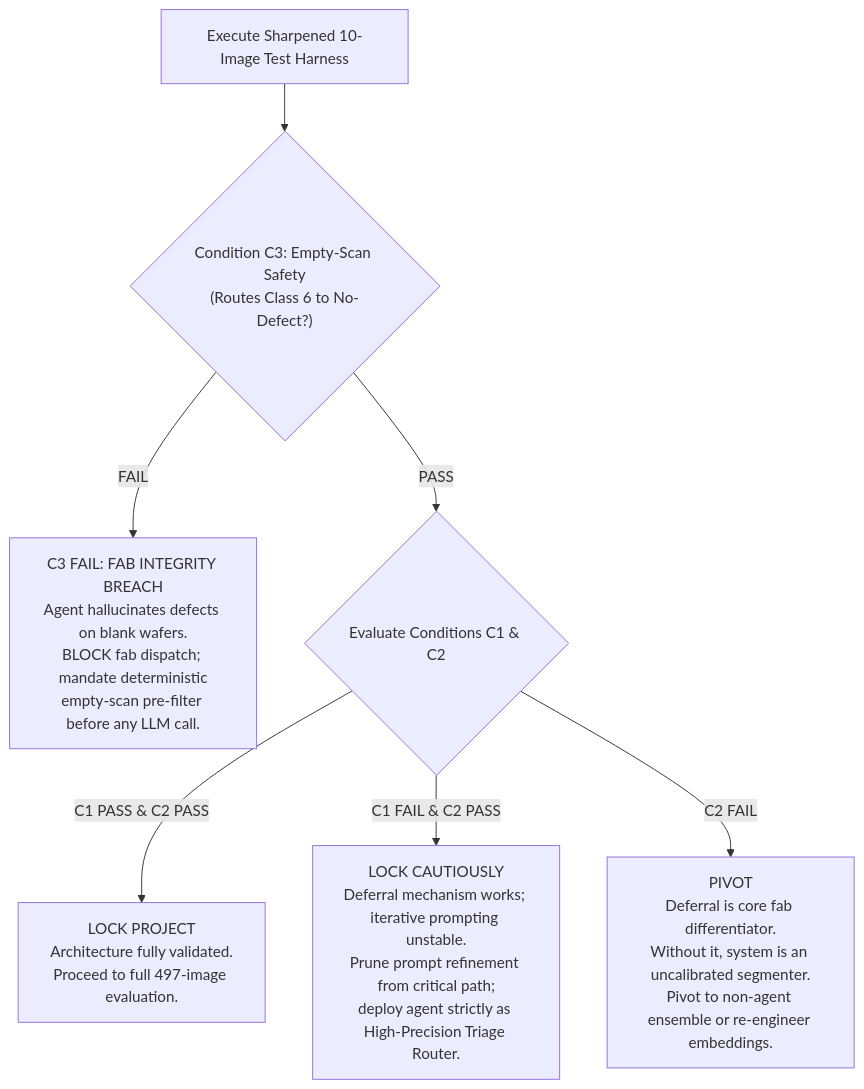
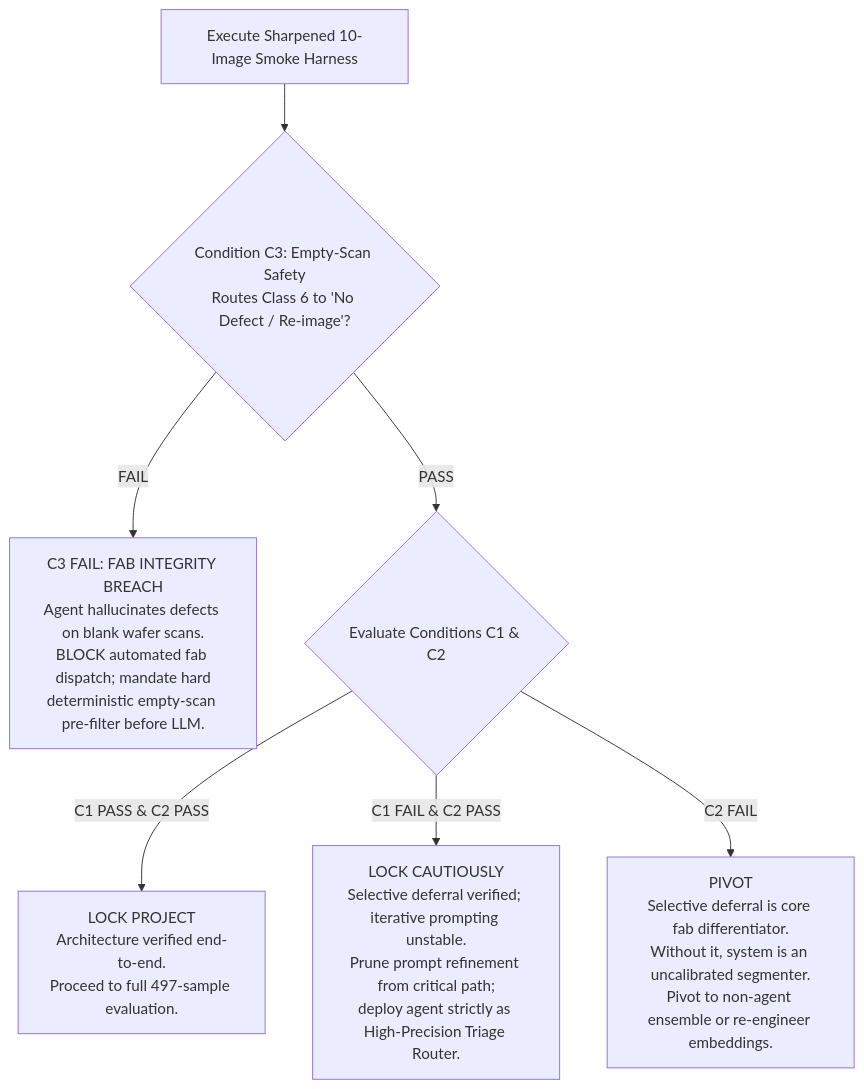
The diagram in docs/sharpened_test_protocol.md (dptel22/sem-triage-agent), drawn with Mermaid before and after one commit. The commit also changed other lines of this file and 2 other files, not shown here.

Commit message:
fix(taxonomy): enforce neutral class_N labels and pre-register manifest hash 7C17D78CED10

````diff
--- a/docs/sharpened_test_protocol.md
+++ b/docs/sharpened_test_protocol.md
@@ -74,12 +81,12 @@
 ```mermaid
 flowchart TD
-    Run["Execute Sharpened 10-Image Test Harness"] --> C3Check{"Condition C3: Empty-Scan Safety<br/>(Routes Class 6 to No-Defect?)"}
+    Run["Execute Sharpened 10-Image Smoke Harness"] --> C3Check{"Condition C3: Empty-Scan Safety<br/>Routes Class 6 to 'No Defect / Re-image'?"}
     
-    C3Check -->|FAIL| C3Fail["C3 FAIL: FAB INTEGRITY BREACH<br/>Agent hallucinates defects on blank wafers.<br/>BLOCK fab dispatch; mandate deterministic<br/>empty-scan pre-filter before any LLM call."]
+    C3Check -->|FAIL| C3Fail["C3 FAIL: FAB INTEGRITY BREACH<br/>Agent hallucinates defects on blank wafer scans.<br/>BLOCK automated fab dispatch; mandate hard<br/>deterministic empty-scan pre-filter before LLM."]
     
-    C3Check -->|PASS| CoreEval{"Evaluate Conditions C1 & C2"}
+    C3Check -->|PASS| CoreCheck{"Evaluate Conditions C1 & C2"}
     
-    CoreEval -->|C1 PASS & C2 PASS| Lock["LOCK PROJECT<br/>Architecture fully validated.<br/>Proceed to full 497-image evaluation."]
-    CoreEval -->|C1 FAIL & C2 PASS| LockCautious["LOCK CAUTIOUSLY<br/>Deferral mechanism works; iterative prompting unstable.<br/>Prune prompt refinement from critical path;<br/>deploy agent strictly as High-Precision Triage Router."]
-    CoreEval -->|C2 FAIL| Pivot["PIVOT<br/>Deferral is core fab differentiator.<br/>Without it, system is an uncalibrated segmenter.<br/>Pivot to non-agent ensemble or re-engineer embeddings."]
+    CoreCheck -->|C1 PASS & C2 PASS| Lock["LOCK PROJECT<br/>Architecture verified end-to-end.<br/>Proceed to full 497-sample evaluation."]
+    CoreCheck -->|C1 FAIL & C2 PASS| LockCautious["LOCK CAUTIOUSLY<br/>Selective deferral verified; iterative prompting unstable.<br/>Prune prompt refinement from critical path;<br/>deploy agent strictly as High-Precision Triage Router."]
+    CoreCheck -->|C2 FAIL| Pivot["PIVOT<br/>Selective deferral is core fab differentiator.<br/>Without it, system is an uncalibrated segmenter.<br/>Pivot to non-agent ensemble or re-engineer embeddings."]
 ```
````
